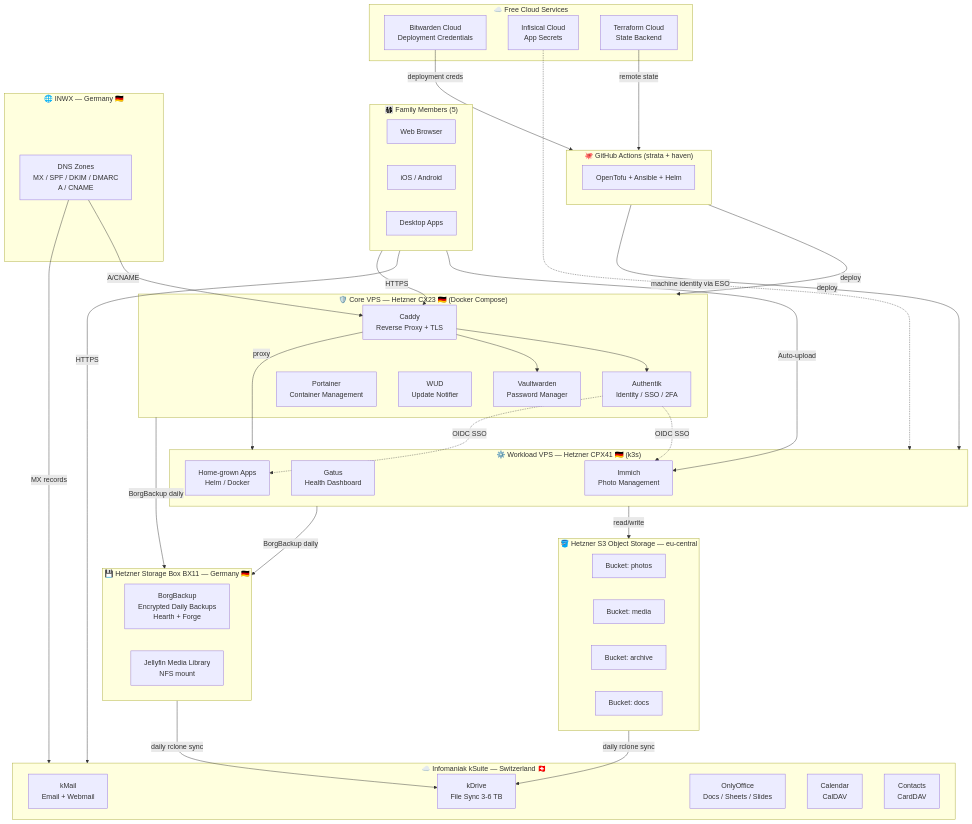
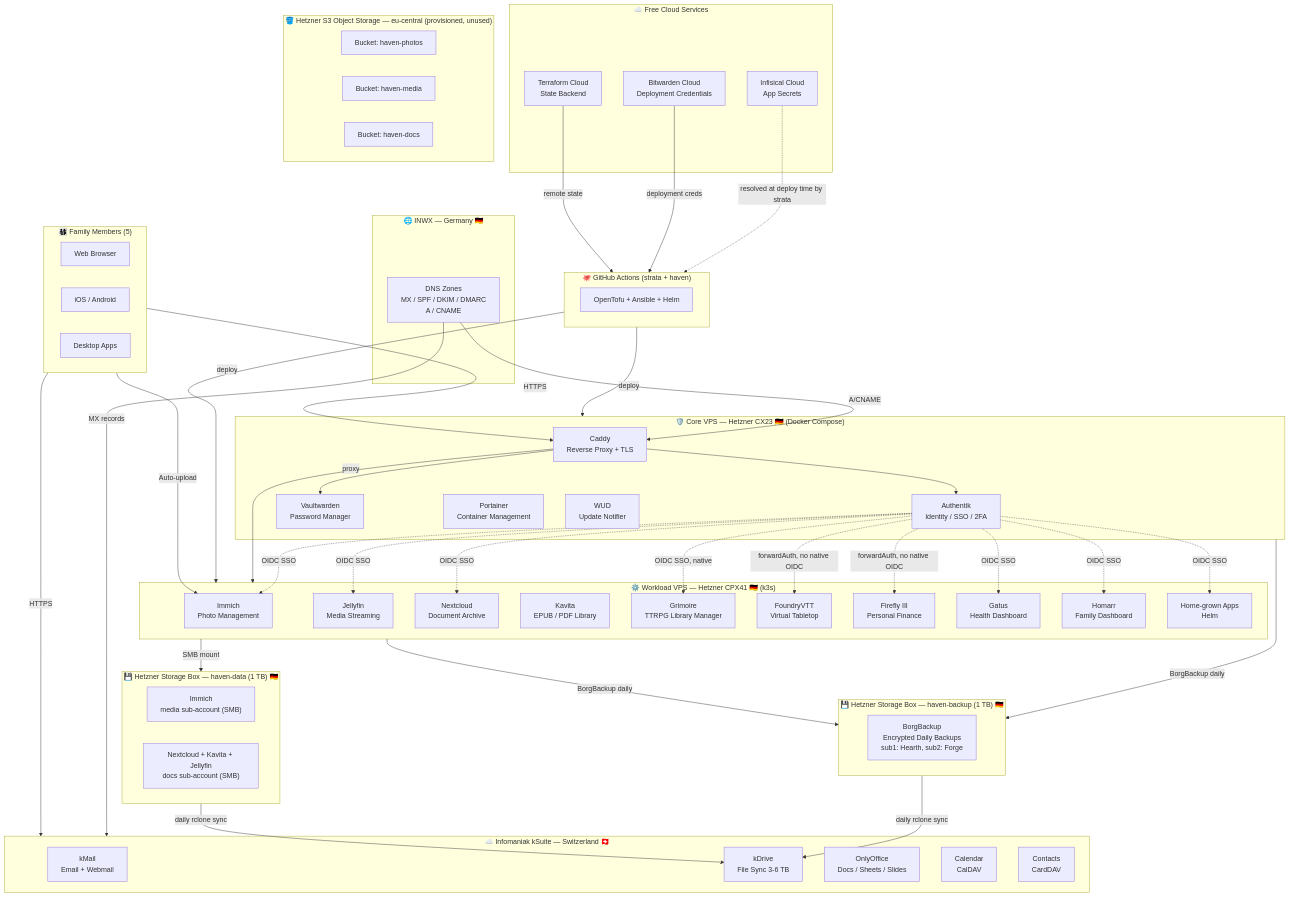
The diagram in docs/architecture.md (huybrechtsxyz/haven), drawn with Mermaid before and after one commit. The commit also changed other lines of this file and 187 other files, not shown here.

```diff
--- a/docs/architecture.md
+++ b/docs/architecture.md
@@ -87,20 +93,30 @@
 
     subgraph WorkloadVPS["⚙️ Workload VPS — Hetzner CPX41 🇩🇪 (k3s)"]
         Immich[Immich<br/>Photo Management]
+        Jellyfin[Jellyfin<br/>Media Streaming]
+        Nextcloud[Nextcloud<br/>Document Archive]
+        Kavita[Kavita<br/>EPUB / PDF Library]
+        Grimoire[Grimoire<br/>TTRPG Library Manager]
+        FoundryVTT[FoundryVTT<br/>Virtual Tabletop]
+        Firefly[Firefly III<br/>Personal Finance]
         Gatus[Gatus<br/>Health Dashboard]
-        Apps[Home-grown Apps<br/>Helm / Docker]
+        Homarr[Homarr<br/>Family Dashboard]
+        Apps[Home-grown Apps<br/>Helm]
     end
 
-    subgraph ObjectStorage["🪣 Hetzner S3 Object Storage — eu-central"]
-        S3Photos[Bucket: photos]
-        S3Media[Bucket: media]
-        S3Archive[Bucket: archive]
-        S3Docs[Bucket: docs]
+    subgraph ObjectStorage["🪣 Hetzner S3 Object Storage — eu-central (provisioned, unused)"]
+        S3Photos[Bucket: haven-photos]
+        S3Media[Bucket: haven-media]
+        S3Docs[Bucket: haven-docs]
     end
 
-    subgraph Storage["💾 Hetzner Storage Box BX11 — Germany 🇩🇪"]
-        BorgBackup["BorgBackup<br/>Encrypted Daily Backups<br/>Hearth + Forge"]
-        MediaFiles["Jellyfin Media Library<br/>NFS mount"]
+    subgraph StorageBackup["💾 Hetzner Storage Box — haven-backup (1 TB) 🇩🇪"]
+        BorgBackup["BorgBackup<br/>Encrypted Daily Backups<br/>sub1: Hearth, sub2: Forge"]
+    end
+
+    subgraph StorageData["💾 Hetzner Storage Box — haven-data (1 TB) 🇩🇪"]
+        ImmichFiles["Immich<br/>media sub-account (SMB)"]
+        DocFiles["Nextcloud + Kavita + Jellyfin<br/>docs sub-account (SMB)"]
     end
 
     subgraph DNS["🌐 INWX — Germany 🇩🇪"]
@@ -120,17 +136,24 @@
     Caddy --> Authentik
     Caddy --> Vaultwarden
     Caddy -->|proxy| WorkloadVPS
-    WorkloadVPS -->|read/write| ObjectStorage
+    WorkloadVPS -->|SMB mount| StorageData
     Authentik -.->|OIDC SSO| Immich
+    Authentik -.->|OIDC SSO| Jellyfin
+    Authentik -.->|OIDC SSO| Nextcloud
+    Authentik -.->|OIDC SSO| Homarr
+    Authentik -.->|OIDC SSO| Gatus
+    Authentik -.->|OIDC SSO, native| Grimoire
+    Authentik -.->|forwardAuth, no native OIDC| FoundryVTT
+    Authentik -.->|forwardAuth, no native OIDC| Firefly
     Authentik -.->|OIDC SSO| Apps
-    InfisicalCloud -.->|machine identity via ESO| WorkloadVPS
+    InfisicalCloud -.->|resolved at deploy time by strata| GitHub
 
-    %% Backup — tier 1: BorgBackup → Storage Box
-    CoreVPS -->|BorgBackup daily| Storage
-    WorkloadVPS -->|BorgBackup daily| Storage
-    %% Backup — tier 2: Storage Box + S3 → kDrive (daily offsite sync)
-    Storage -->|daily rclone sync| kDrive
-    ObjectStorage -->|daily rclone sync| kDrive
+    %% Backup — tier 1: BorgBackup → haven-backup box
+    CoreVPS -->|BorgBackup daily| StorageBackup
+    WorkloadVPS -->|BorgBackup daily| StorageBackup
+    %% Backup — tier 2: both Storage Boxes → kDrive (daily offsite sync)
+    StorageBackup -->|daily rclone sync| kDrive
+    StorageData -->|daily rclone sync| kDrive
 
     %% Bootstrap / IaC
     BitwardenCloud -->|deployment creds| GitHub
```
